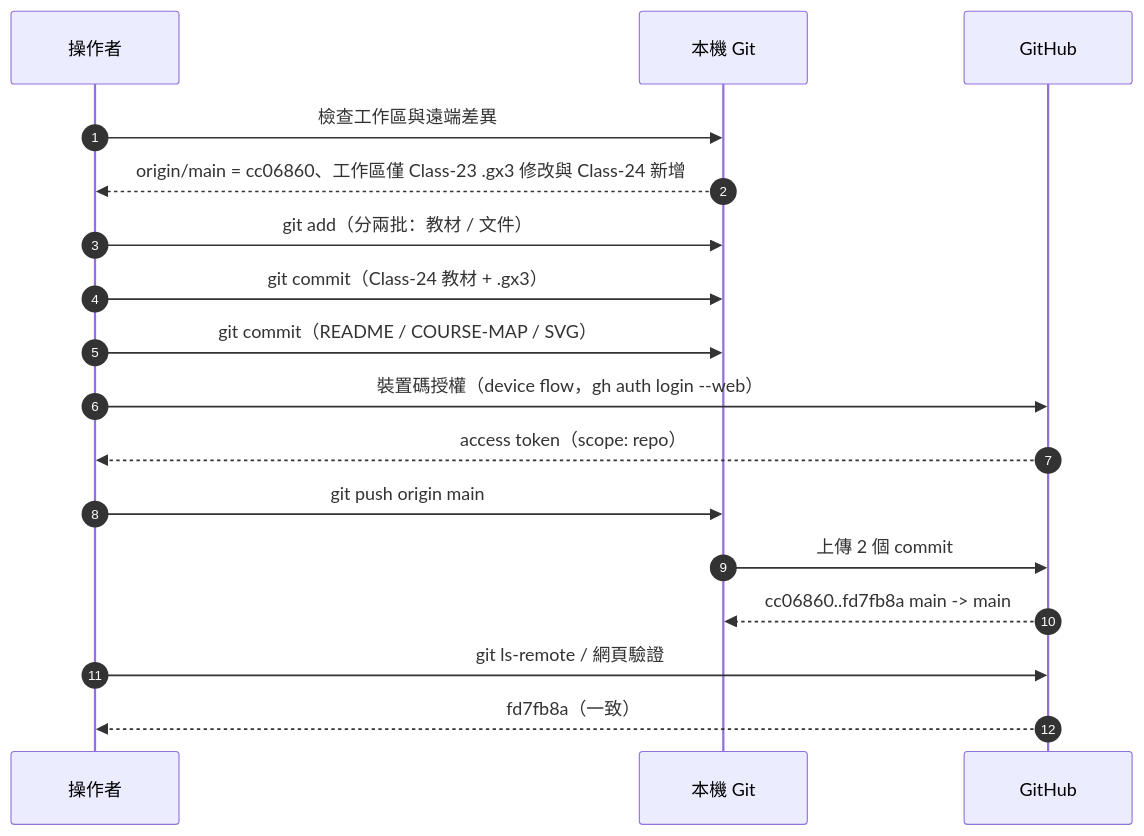
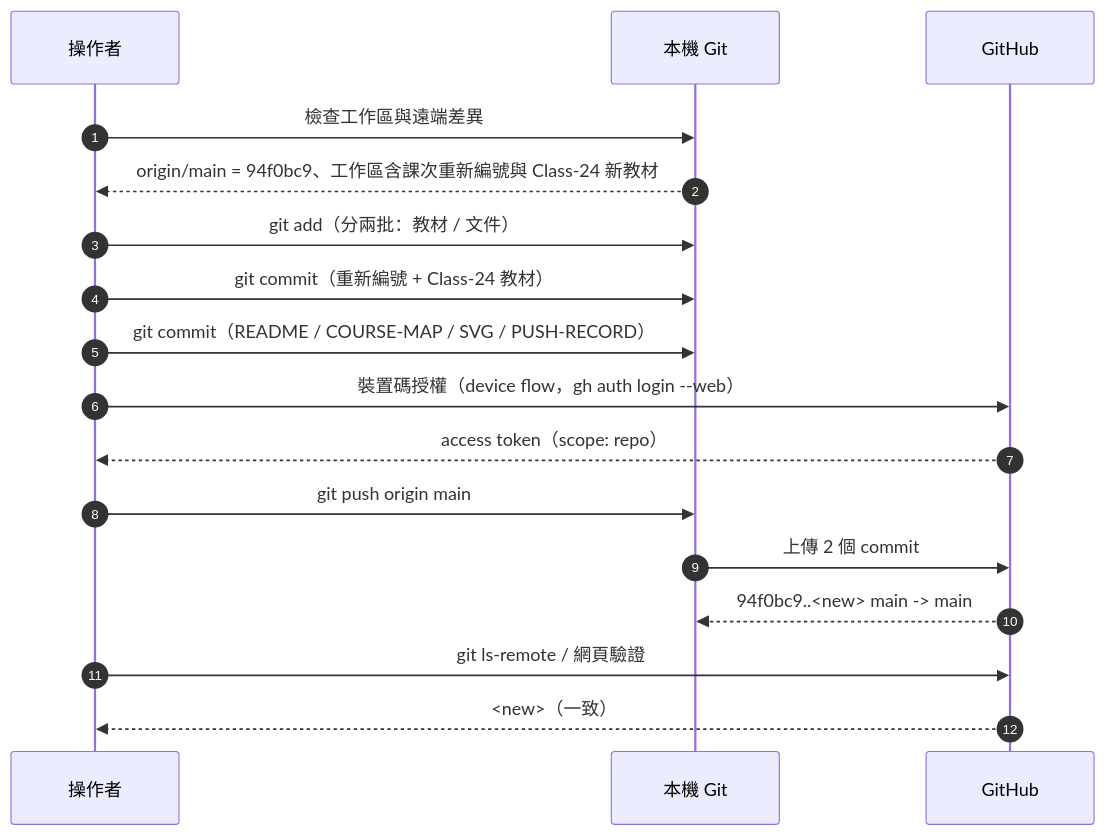
The third of 4 diagrams in docs/PUSH-RECORD.md (yd7148/INDUSTRY-4.0), drawn with Mermaid before and after one commit. The commit also changed other lines of this file and 447 other files, not shown here.

````diff
--- a/docs/PUSH-RECORD.md
+++ b/docs/PUSH-RECORD.md
@@ -84,19 +86,19 @@
 ```mermaid
 sequenceDiagram
     autonumber
     participant U as 操作者
     participant G as 本機 Git
     participant H as GitHub
     U->>G: 檢查工作區與遠端差異
-    G-->>U: origin/main = cc06860、工作區僅 Class-23 .gx3 修改與 Class-24 新增
+    G-->>U: origin/main = 94f0bc9、工作區含課次重新編號與 Class-24 新教材
     U->>G: git add（分兩批：教材 / 文件）
-    U->>G: git commit（Class-24 教材 + .gx3）
-    U->>G: git commit（README / COURSE-MAP / SVG）
+    U->>G: git commit（重新編號 + Class-24 教材）
+    U->>G: git commit（README / COURSE-MAP / SVG / PUSH-RECORD）
     U->>H: 裝置碼授權（device flow，gh auth login --web）
     H-->>U: access token（scope: repo）
     U->>G: git push origin main
     G->>H: 上傳 2 個 commit
-    H-->>G: cc06860..fd7fb8a main -> main
+    H-->>G: 94f0bc9..<new> main -> main
     U->>H: git ls-remote / 網頁驗證
-    H-->>U: fd7fb8a（一致）
+    H-->>U: <new>（一致）
 ```
````
